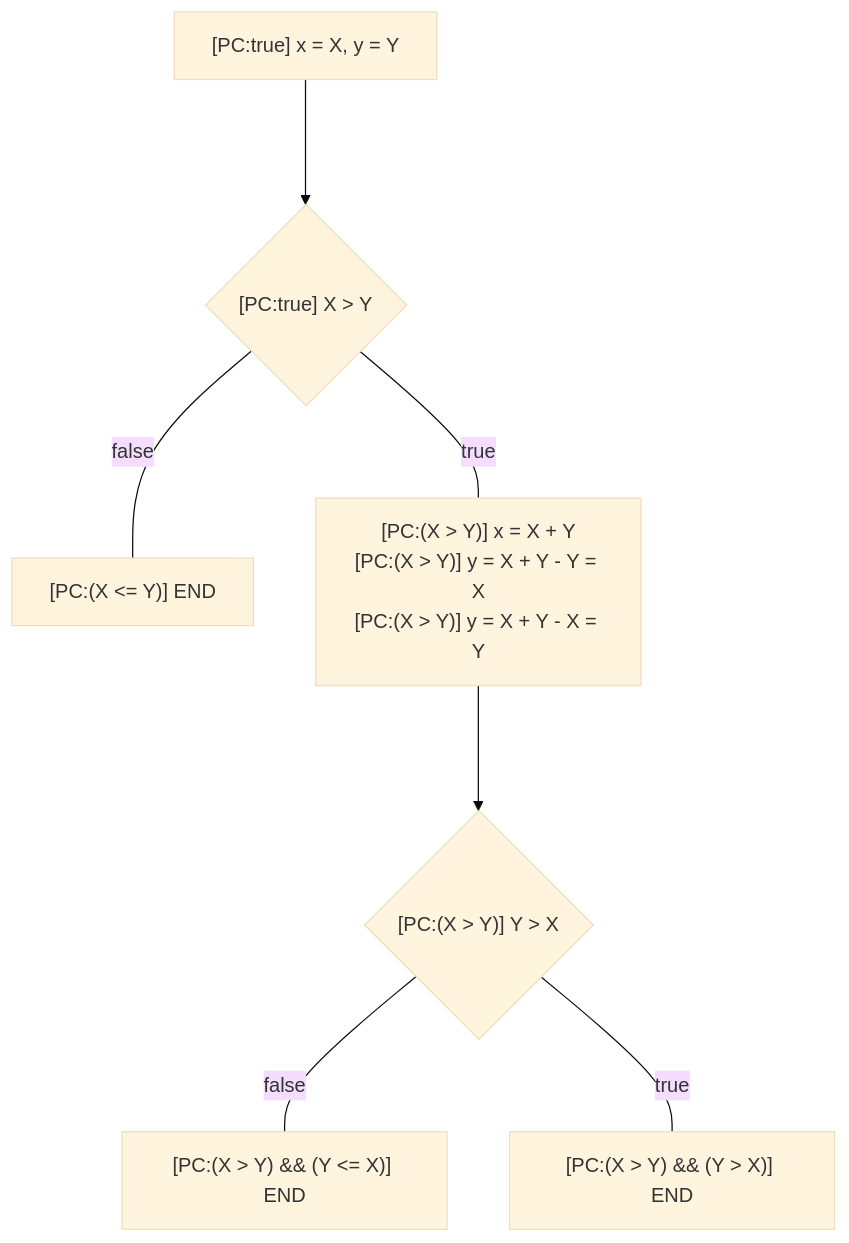
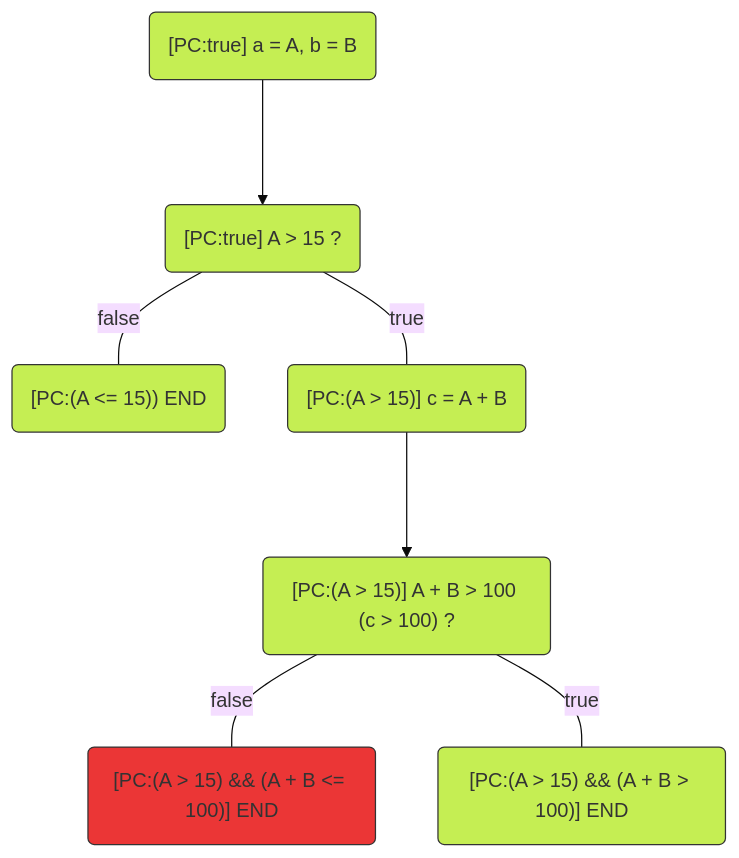
Before and after one commit to Byont-Ventures/smart-contract-analysis-tools: the diagram in docs/analysis-techniques.md, drawn with Mermaid (base theme). The commit also changed other lines of this file, not shown here.

````diff
--- a/docs/analysis-techniques.md
+++ b/docs/analysis-techniques.md
@@ -203,9 +169,15 @@
 ```mermaid
+%%{ init: { 'flowchart': { 'curve': 'bump' } } }%%
 flowchart TB
-    A["[PC:true] x = X, y = Y"] ---> B{"[PC:true] X > Y"}
-    B ---|false| C["[PC:(X <= Y)] END"]
-    B ---|true| D["[PC:(X > Y)] x = X + Y\n[PC:(X > Y)] y = X + Y - Y = X\n[PC:(X > Y)] y = X + Y - X = Y"]
-    D ---> E{"[PC:(X > Y)] Y > X"}
-    E ---|false| F["[PC:(X > Y) && (Y <= X)] END"]
-    E ---|true| G["[PC:(X > Y) && (Y > X)] END"]
+    A("[PC:true] a = A, b = B") ---> B("[PC:true] A > 15 ?")
+    B ---|false| C("[PC:(A <= 15)) END")
+    B ---|true| D("[PC:(A > 15)] c = A + B")
+    D ---> E("[PC:(A > 15)] A + B > 100 (c > 100) ?")
+    E ---|false| F("[PC:(A > 15) && (A + B <= 100)] END")
+    E ---|true| G("[PC:(A > 15) && (A + B > 100)] END")
+
+    classDef blockStyleNormal fill:#C5EE53, stroke:#333;
+    classDef blockStyleFailing fill:#eb3636, stroke:#333;
+    class A,B,C,D,E,G blockStyleNormal;
+    class F blockStyleFailing;
 ```
````
